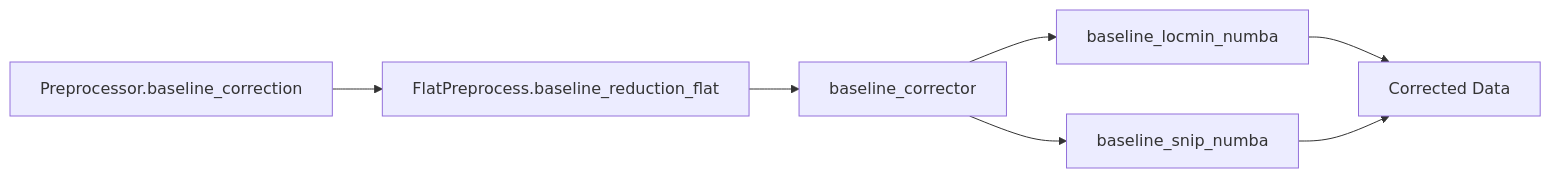
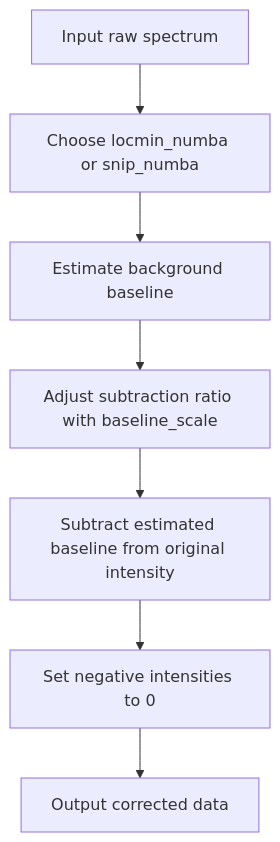
One commit to NeoNexusX/MassFlow changed the diagram in docs/en/baseline_correction.md. Above: the diagram before and after it, drawn with Mermaid. The commit also changed other lines of this file and 20 other files, not shown here.

````diff
--- a/docs/en/baseline_correction.md
+++ b/docs/en/baseline_correction.md
@@ -21,9 +117,9 @@
 ```mermaid
-graph LR
-  A["Preprocessor.baseline_correction"] --> B["FlatPreprocess.baseline_reduction_flat"]
-  B --> C["baseline_corrector"]
-  C --> D["baseline_locmin_numba"]
-  C --> E["baseline_snip_numba"]
-  D --> F["Corrected Data"]
-  E --> F
+graph TD
+  A["Input raw spectrum"] --> B["Choose locmin_numba or snip_numba"]
+  B --> C["Estimate background baseline"]
+  C --> D["Adjust subtraction ratio with baseline_scale"]
+  D --> E["Subtract estimated baseline from original intensity"]
+  E --> F["Set negative intensities to 0"]
+  F --> G["Output corrected data"]
 ```
````
